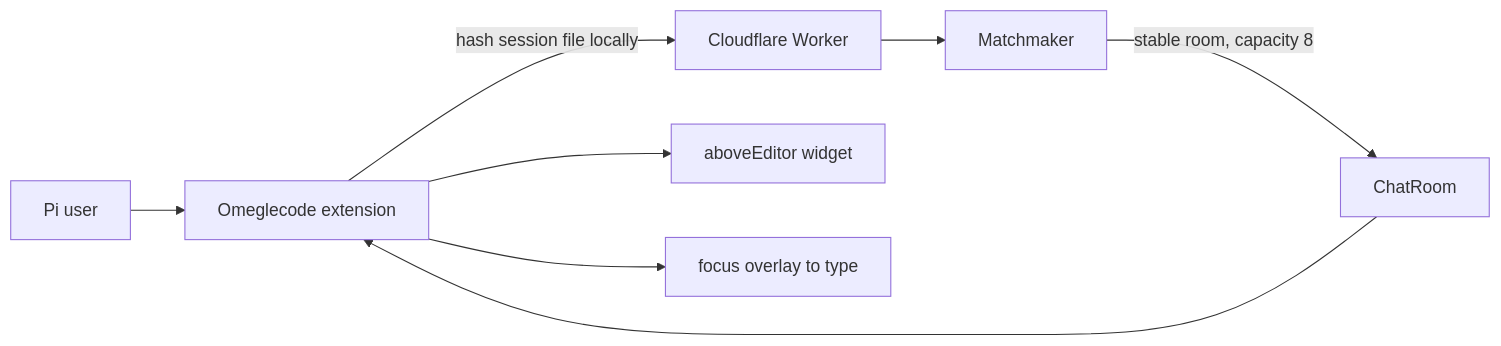
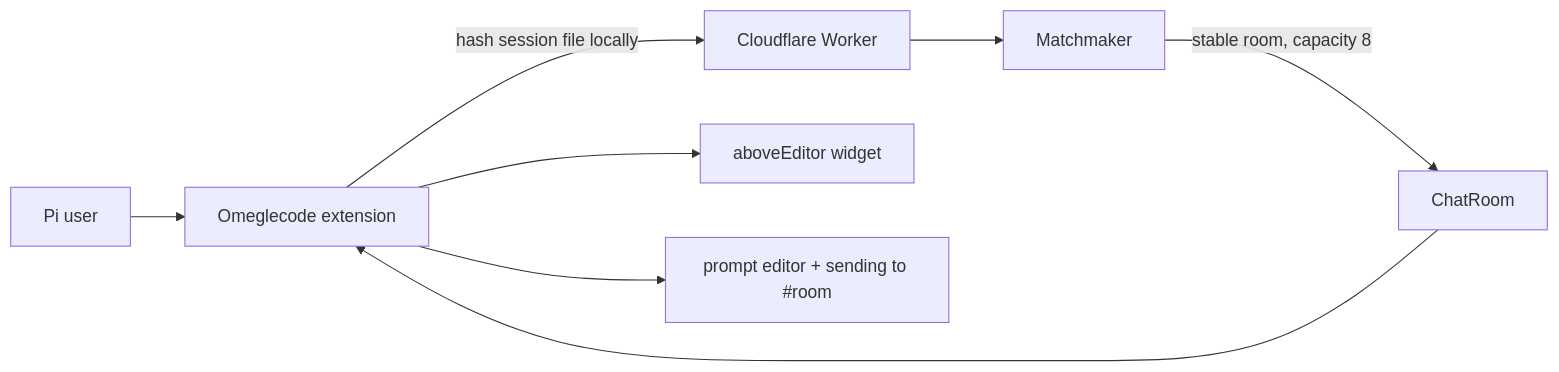
The first of 2 diagrams in specs/pi-omeglecode.md (tanishqkancharla/omeglecode), drawn with Mermaid before and after one commit. The commit also changed other lines of this file and 21 other files, not shown here.

First line of the commit message:
Send Pi hallway chat from the prompt editor (#6)

````diff
--- a/specs/pi-omeglecode.md
+++ b/specs/pi-omeglecode.md
@@ -11,10 +11,10 @@
 ```mermaid
 flowchart LR
     U[Pi user] --> E[Omeglecode extension]
     E -->|hash session file locally| W[Cloudflare Worker]
     W --> M[Matchmaker]
     M -->|stable room, capacity 8| R[ChatRoom]
     R --> E
     E --> V["aboveEditor widget"]
-    E --> F["focus overlay to type"]
+    E --> S["prompt editor + sending to #room"]
 ```
````
